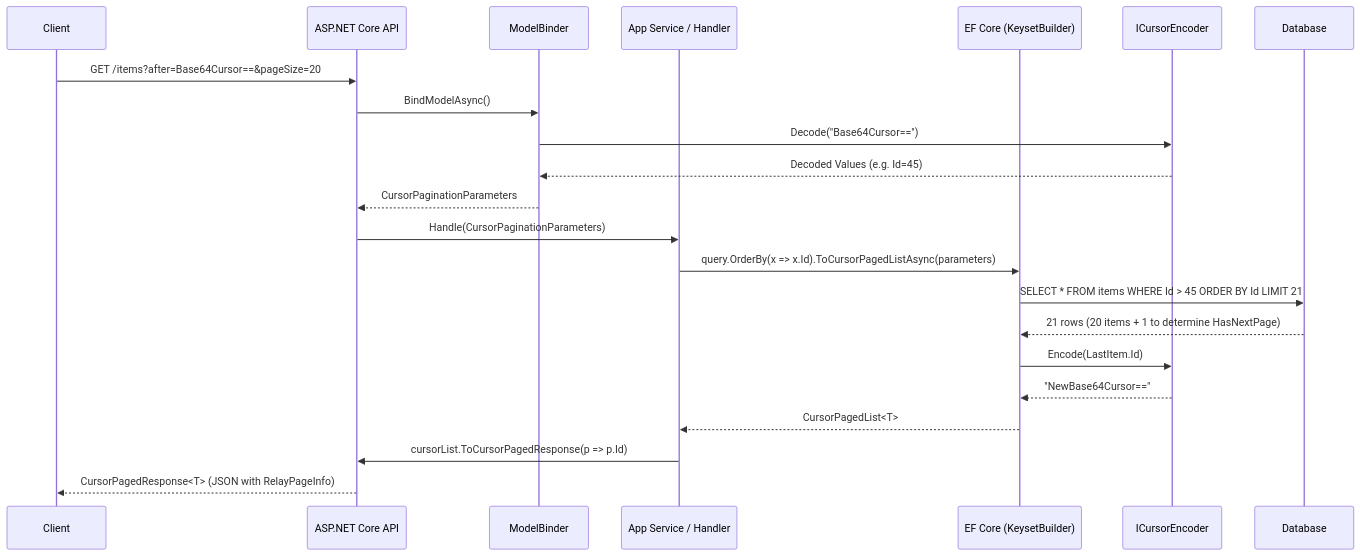
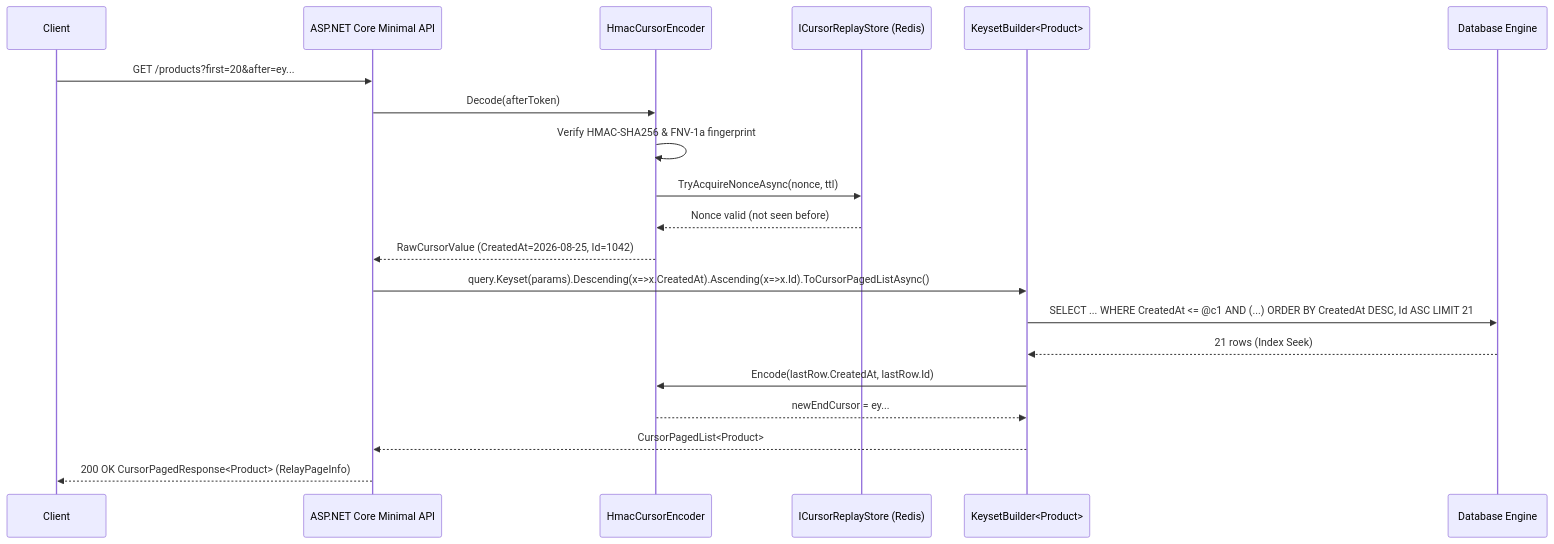
The sixth of 6 diagrams in docs/architecture.md (ericksonlopezf/dotnet-pagination), drawn with Mermaid before and after one commit. The commit also changed other lines of this file and 407 other files, not shown here.

Commit message:
feat!: introduce multi-tenant isolation, structured errors and keyset fingerprint security

````diff
--- a/docs/architecture.md
+++ b/docs/architecture.md
@@ -109,29 +241,23 @@
 ```mermaid
 sequenceDiagram
     participant Client
-    participant API as ASP.NET Core API
-    participant Binder as ModelBinder
-    participant Handler as App Service / Handler
-    participant Keyset as EF Core (KeysetBuilder)
-    participant Encoder as ICursorEncoder
-    participant DB as Database
+    participant API as ASP.NET Core Minimal API
+    participant Codec as HmacCursorEncoder
+    participant Store as ICursorReplayStore (Redis)
+    participant Keyset as KeysetBuilder<Product>
+    participant DB as Database Engine
 
-    Client->>API: GET /items?after=Base64Cursor==&pageSize=20
-    API->>Binder: BindModelAsync()
-    Binder->>Encoder: Decode("Base64Cursor==")
-    Encoder-->>Binder: Decoded Values (e.g. Id=45)
-    Binder-->>API: CursorPaginationParameters
-    
-    API->>Handler: Handle(CursorPaginationParameters)
-    Handler->>Keyset: query.OrderBy(x => x.Id).ToCursorPagedListAsync(parameters)
-    
-    Keyset->>DB: SELECT * FROM items WHERE Id > 45 ORDER BY Id LIMIT 21
-    DB-->>Keyset: 21 rows (20 items + 1 to determine HasNextPage)
-    
-    Keyset->>Encoder: Encode(LastItem.Id)
-    Encoder-->>Keyset: "NewBase64Cursor=="
-    
-    Keyset-->>Handler: CursorPagedList<T>
-    Handler->>API: cursorList.ToCursorPagedResponse(p => p.Id)
-    API-->>Client: CursorPagedResponse<T> (JSON with RelayPageInfo)
+    Client->>API: GET /products?first=20&after=ey...
+    API->>Codec: Decode(afterToken)
+    Codec->>Codec: Verify HMAC-SHA256 & FNV-1a fingerprint
+    Codec->>Store: TryAcquireNonceAsync(nonce, ttl)
+    Store-->>Codec: Nonce valid (not seen before)
+    Codec-->>API: RawCursorValue (CreatedAt=2026-08-25, Id=1042)
+    API->>Keyset: query.Keyset(params).Descending(x=>x.CreatedAt).Ascending(x=>x.Id).ToCursorPagedListAsync()
+    Keyset->>DB: SELECT ... WHERE CreatedAt <= @c1 AND (...) ORDER BY CreatedAt DESC, Id ASC LIMIT 21
+    DB-->>Keyset: 21 rows (Index Seek)
+    Keyset->>Codec: Encode(lastRow.CreatedAt, lastRow.Id)
+    Codec-->>Keyset: newEndCursor = ey...
+    Keyset-->>API: CursorPagedList<Product>
+    API-->>Client: 200 OK CursorPagedResponse<Product> (RelayPageInfo)
 ```
````
